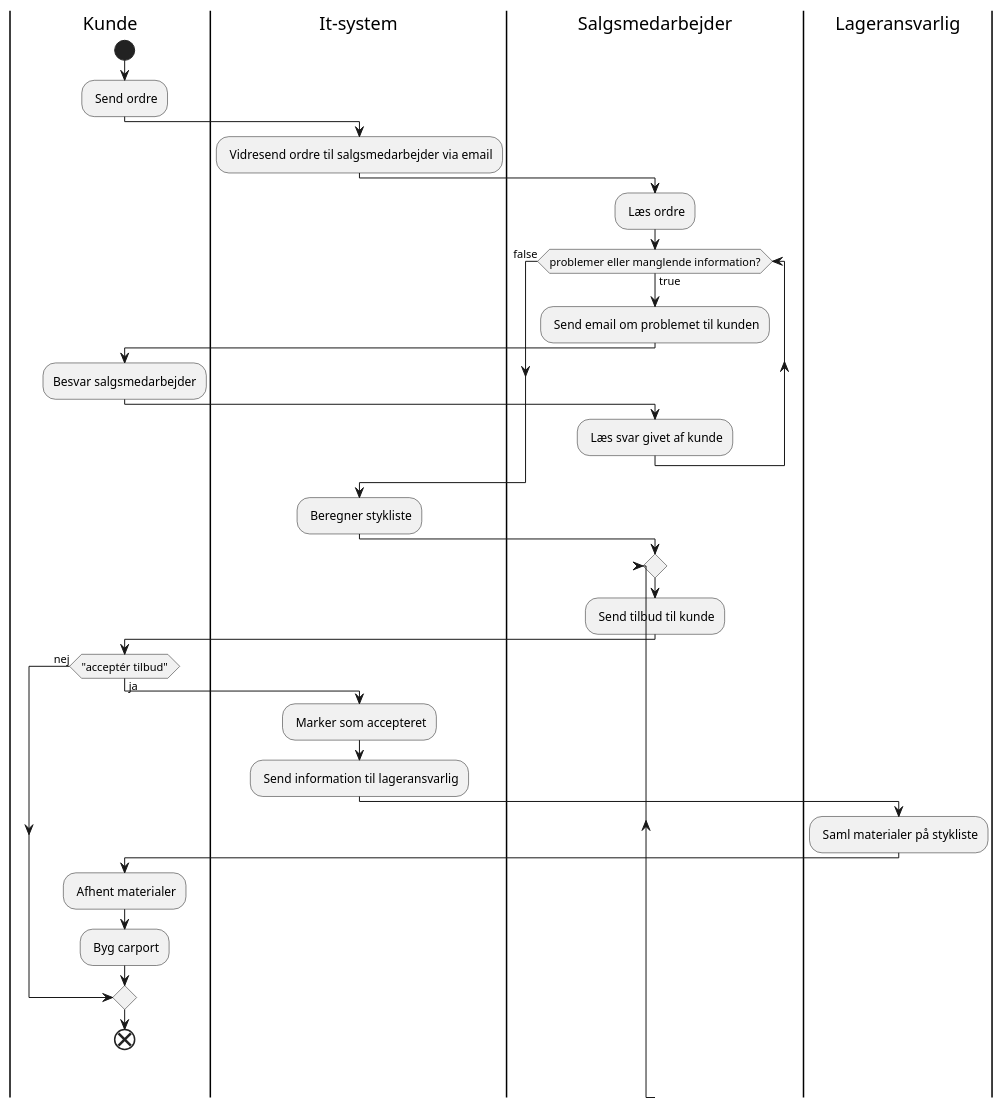
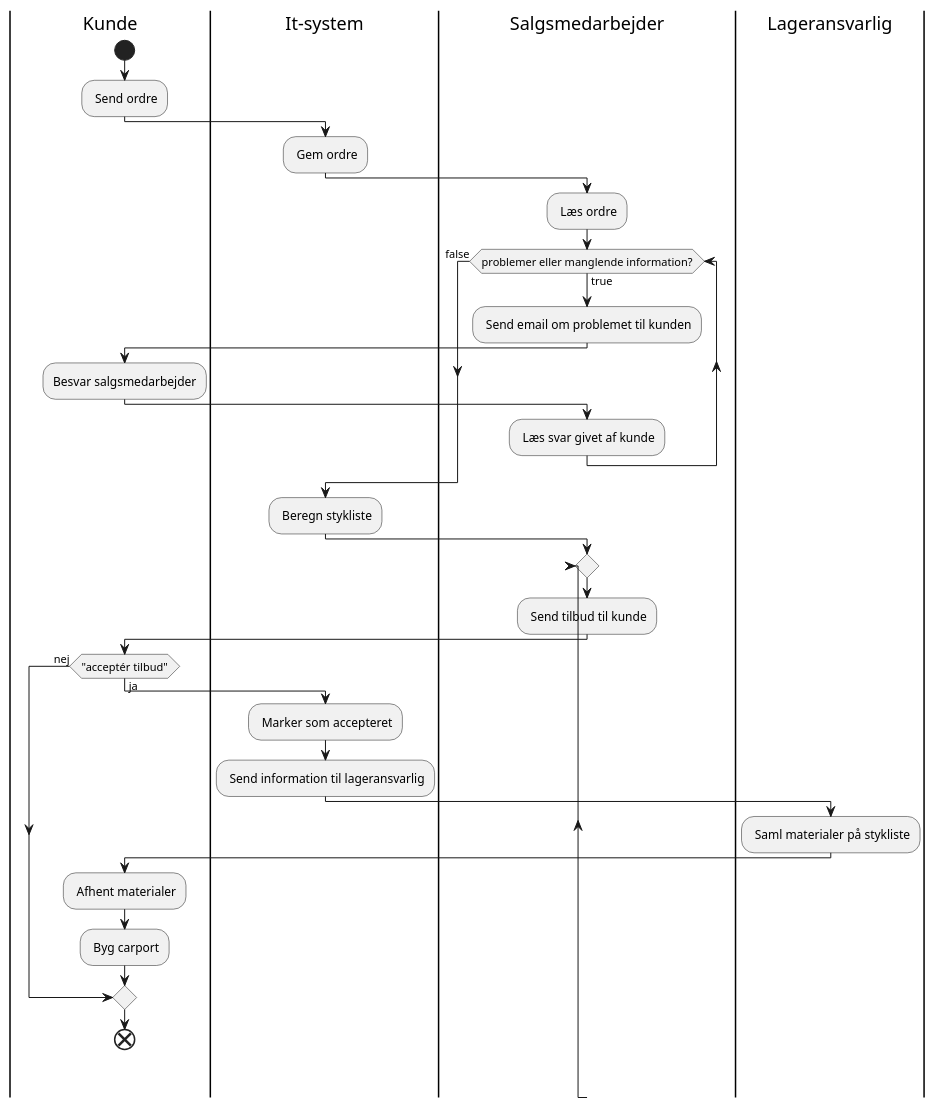
Before and after one commit to Thomas-Rosenkrans-Vestergaard/fog: the diagram in documentation/to_be_activity.puml, drawn with PlantUML. The commit also changed 1 other file, not shown here.

Commit message:
update activity diagrams

```diff
--- a/documentation/to_be_activity.puml
+++ b/documentation/to_be_activity.puml
@@ -1,35 +1,35 @@
 @startuml
 
 |Kunde|
 start
 : Send ordre;
 |It-system|
-: Vidresend ordre til salgsmedarbejder via email;
+: Gem ordre;
 |Salgsmedarbejder|
 : Læs ordre;
 while (problemer eller manglende information?) is (true)
     : Send email om problemet til kunden;
     |Kunde|
     :Besvar salgsmedarbejder;
     |Salgsmedarbejder|
     : Læs svar givet af kunde;
 endwhile (false)
 |It-system|
-: Beregner stykliste;
+: Beregn stykliste;
 |Salgsmedarbejder|
 repeat
 : Send tilbud til kunde;
 |Kunde|
 if ("acceptér tilbud") then (ja)
 |It-system|
 : Marker som accepteret;
 : Send information til lageransvarlig;
 |Lageransvarlig|
 : Saml materialer på stykliste;
 |Kunde|
 : Afhent materialer;
 : Byg carport;
 else (nej)
 endif
 end
 @enduml
```
